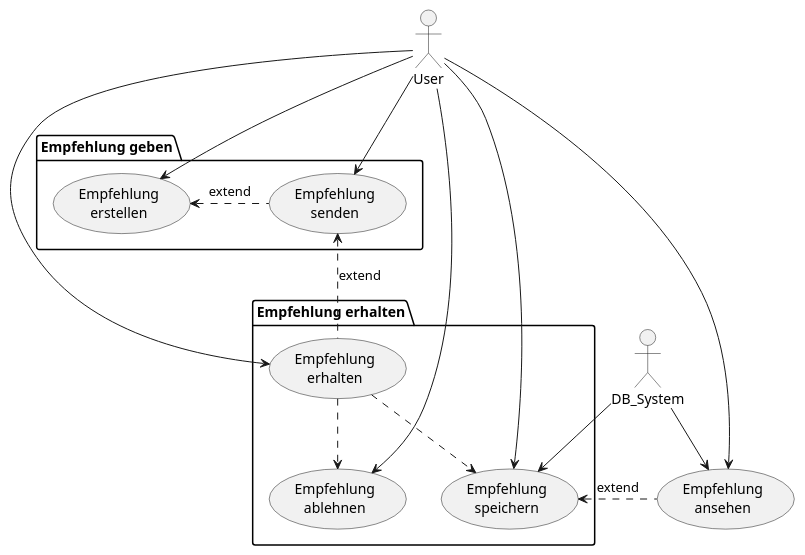
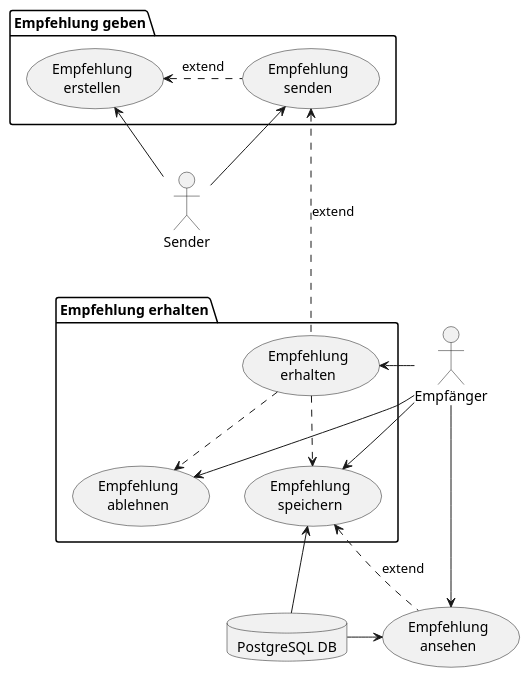
Before and after one commit to SpaghettiCodeGang/TryLater-Server: the diagram in uml/usecase/Use_Case_Recommendation.puml, drawn with PlantUML.

Commit message:
fix: rework Use_Case_Recommendation.puml

```diff
--- a/uml/usecase/Use_Case_Recommendation.puml
+++ b/uml/usecase/Use_Case_Recommendation.puml
@@ -1,31 +1,36 @@
 @startuml
-'https://plantuml.com/use-case-diagram
+skinparam classAttributeIconSize 0
+hide empty members
+
+database "PostgreSQL DB" as DB
+actor Sender as SE
+actor Empfänger as EM
 
 package "Empfehlung geben"{
 "Empfehlung\nerstellen" as (create)
 "Empfehlung\nsenden" as (send)
 }
 package "Empfehlung erhalten"{
 (Empfehlung\nerhalten) as (receive)
 (Empfehlung\nspeichern) as (safe)
 (Empfehlung\nablehnen) as (decline)
 }
 (Empfehlung\nansehen) as (lookup)
 
-User --> (create)
+SE -u-> (create)
 (create) <. (send) :extend
-User -> (send)
+SE -> (send)
 
-User -> (receive)
-(send) <.. (receive) :extend
-User -> (safe)
-DB_System --> (safe)
+EM -> (receive)
+(send) <... (receive) :extend
+EM -> (safe)
+DB -u-> (safe)
 (receive) ..> (safe)
-User --> (decline)
+EM --> (decline)
 (receive) ..> (decline)
 
-User -> (lookup)
-DB_System -> (lookup)
-(safe) <. (lookup) :extend
+EM -> (lookup)
+DB -> (lookup)
+(safe) <.. (lookup) :extend
 
 @enduml
```
